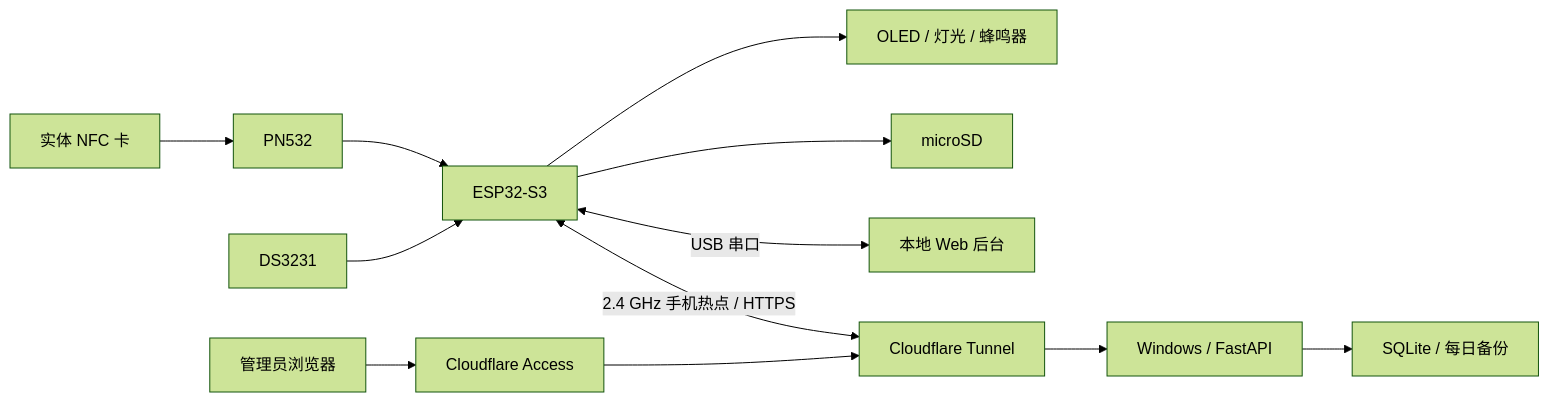
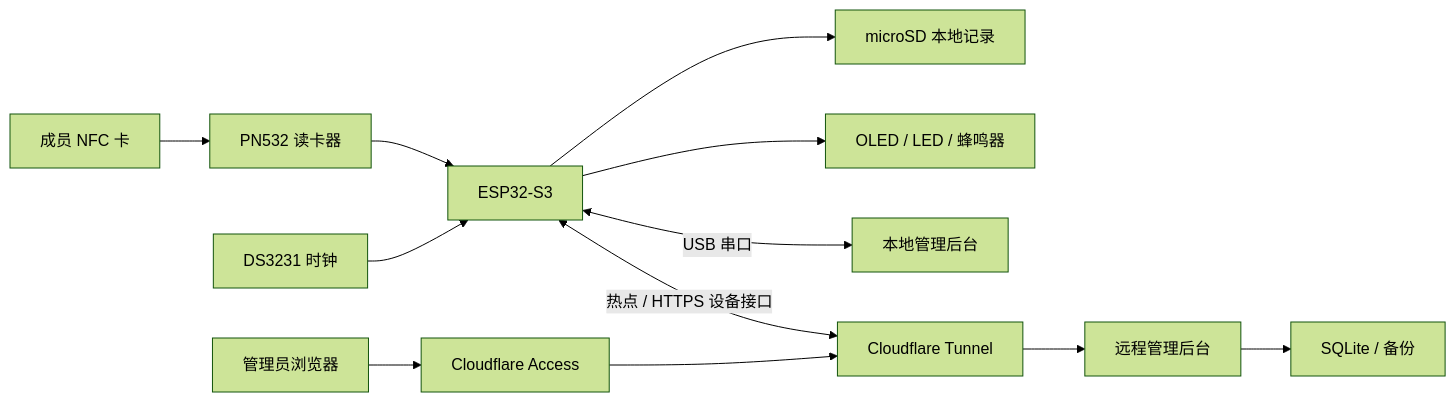
One commit to kujocailun/nfc-attendance changed the diagram in README.md. Above: the diagram before and after it, drawn with Mermaid (forest theme). The commit also changed other lines of this file and 2 other files, not shown here.

Commit message:
docs: rewrite reader guide and add course project delivery report

````diff
--- a/README.md
+++ b/README.md
@@ -26,14 +44,14 @@
 ```mermaid
 flowchart LR
-    Card[实体 NFC 卡] --> PN[PN532]
-    PN --> ESP[ESP32-S3]
-    RTC[DS3231] --> ESP
-    ESP --> OLED[OLED / 灯光 / 蜂鸣器]
-    ESP --> SD[microSD]
-    ESP <-->|USB 串口| USB[本地 Web 后台]
-    ESP <-->|2.4 GHz 手机热点 / HTTPS| CF[Cloudflare Tunnel]
+    Card[成员 NFC 卡] --> Reader[PN532 读卡器]
+    Reader --> MCU[ESP32-S3]
+    RTC[DS3231 时钟] --> MCU
+    MCU --> SD[microSD 本地记录]
+    MCU --> Feedback[OLED / LED / 蜂鸣器]
+    MCU <-->|USB 串口| Local[本地管理后台]
+    MCU <-->|热点 / HTTPS 设备接口| Tunnel[Cloudflare Tunnel]
     Browser[管理员浏览器] --> Access[Cloudflare Access]
-    Access --> CF
-    CF --> API[Windows / FastAPI]
-    API --> DB[SQLite / 每日备份]
+    Access --> Tunnel
+    Tunnel --> Server[远程管理后台]
+    Server --> DB[SQLite / 备份]
 ```
````
